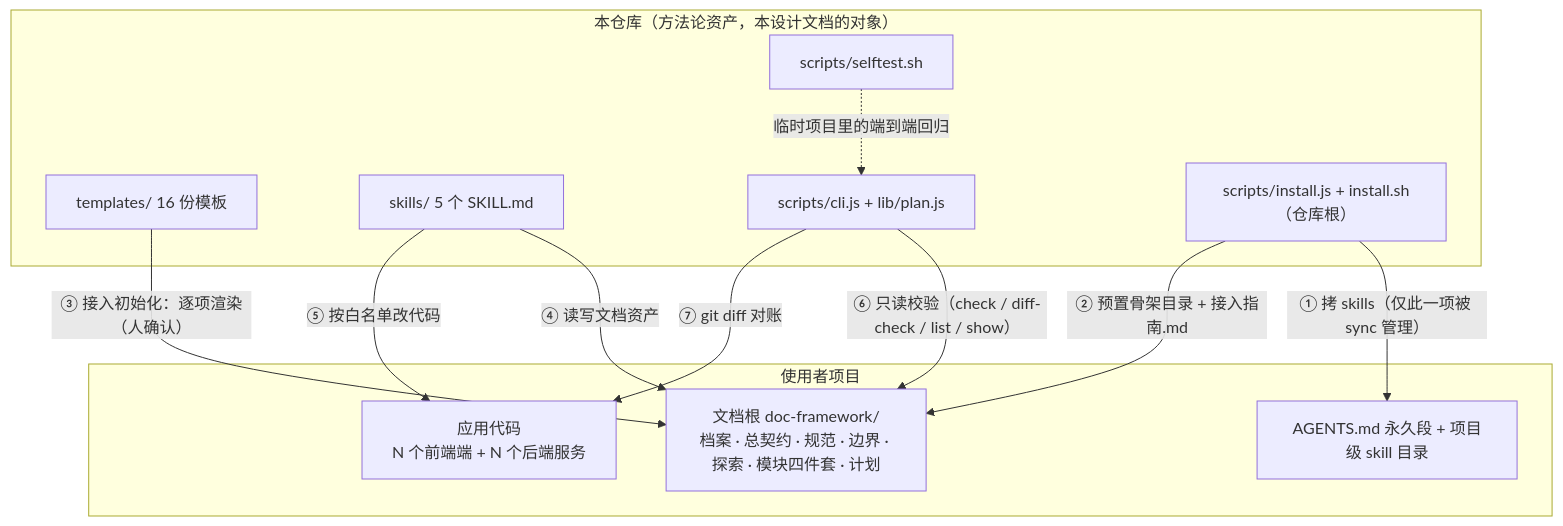
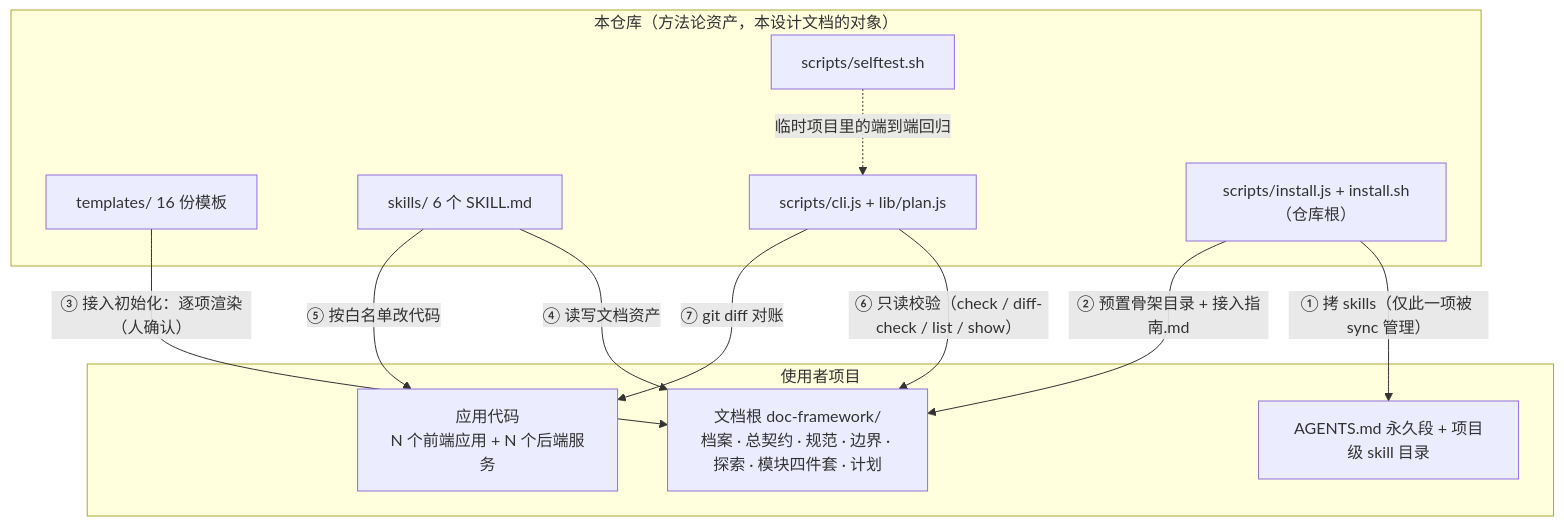
The first of 3 diagrams in docs/设计文档.md (knight-peter/doc-framework), drawn with Mermaid before and after one commit. The commit also changed other lines of this file, not shown here.

````diff
--- a/docs/设计文档.md
+++ b/docs/设计文档.md
@@ -39,23 +39,23 @@
 ```mermaid
 flowchart TB
     subgraph REPO["本仓库（方法论资产，本设计文档的对象）"]
         TPL["templates/ 16 份模板"]
-        SKL["skills/ 5 个 SKILL.md"]
+        SKL["skills/ 6 个 SKILL.md"]
         CLI["scripts/cli.js + lib/plan.js"]
         INS["scripts/install.js + install.sh（仓库根）"]
         ST["scripts/selftest.sh"]
     end
     subgraph PROJ["使用者项目"]
         DOC["文档根 doc-framework/<br/>档案 · 总契约 · 规范 · 边界 · 探索 · 模块四件套 · 计划"]
-        CODE["应用代码<br/>N 个前端端 + N 个后端服务"]
+        CODE["应用代码<br/>N 个前端应用 + N 个后端服务"]
         AG["AGENTS.md 永久段 + 项目级 skill 目录"]
     end
     INS -->|"① 拷 skills（仅此一项被 sync 管理）"| AG
     INS -->|"② 预置骨架目录 + 接入指南.md"| DOC
     TPL -->|"③ 接入初始化：逐项渲染（人确认）"| DOC
     SKL -->|"④ 读写文档资产"| DOC
     SKL -->|"⑤ 按白名单改代码"| CODE
     CLI -->|"⑥ 只读校验（check / diff-check / list / show）"| DOC
     CLI -->|"⑦ git diff 对账"| CODE
     ST -.->|"临时项目里的端到端回归"| CLI
 ```
````
